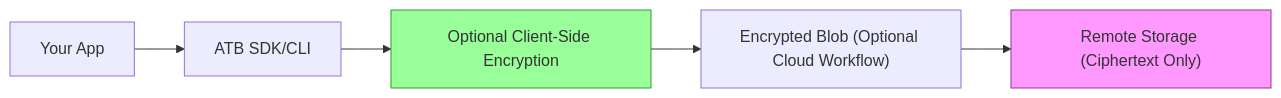
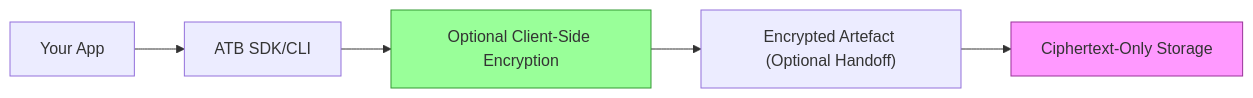
The diagram in docs/security.md (pcguest/atb), drawn with Mermaid before and after one commit. The commit also changed other lines of this file and 5 other files, not shown here.

````diff
--- a/docs/security.md
+++ b/docs/security.md
@@ -28,9 +29,9 @@
 ```mermaid
 graph LR
     A["Your App"] --> B["ATB SDK/CLI"]
     B --> C["Optional Client-Side Encryption"]
-    C --> D["Encrypted Blob (Optional Cloud Workflow)"]
-    D --> E["Remote Storage (Ciphertext Only)"]
+    C --> D["Encrypted Artefact (Optional Handoff)"]
+    D --> E["Ciphertext-Only Storage"]
     style C fill:#9f9,stroke:#393
     style E fill:#f9f,stroke:#939
 ```
````
